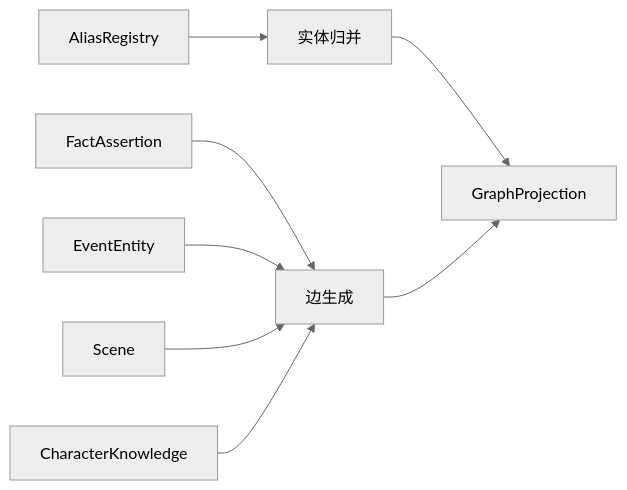
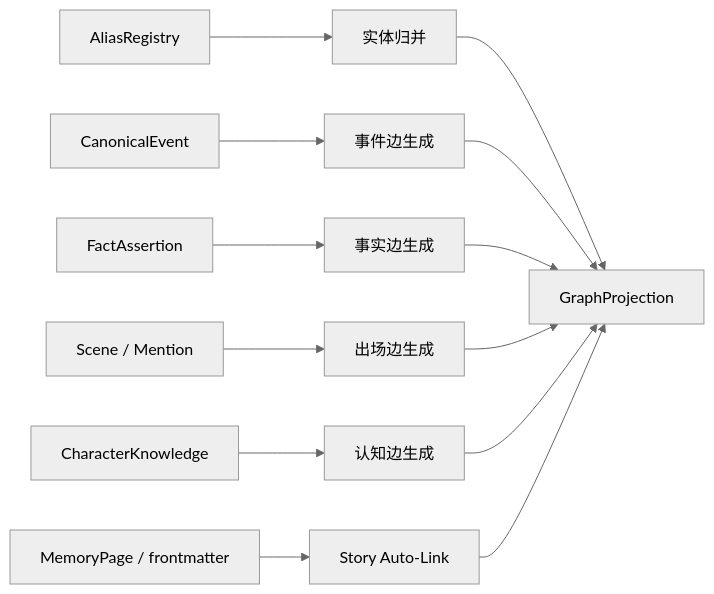
Before and after one commit to FrankQDWang/sextantlabs: the second of 4 diagrams in goals/08-graph-projection.md, drawn with Mermaid (neutral theme). The commit also changed other lines of this file and 16 other files, not shown here.

````diff
--- a/goals/08-graph-projection.md
+++ b/goals/08-graph-projection.md
@@ -58,10 +74,15 @@
 ```mermaid
 flowchart LR
     A[AliasRegistry] --> B[实体归并]
-    C[FactAssertion] --> D[边生成]
-    E[EventEntity] --> D
-    F[Scene] --> D
-    G[CharacterKnowledge] --> D
-    B --> H[GraphProjection]
-    D --> H
+    C[CanonicalEvent] --> D[事件边生成]
+    E[FactAssertion] --> F[事实边生成]
+    G[Scene / Mention] --> H[出场边生成]
+    I[CharacterKnowledge] --> J[认知边生成]
+    K[MemoryPage / frontmatter] --> L[Story Auto-Link]
+    B --> M[GraphProjection]
+    D --> M
+    F --> M
+    H --> M
+    J --> M
+    L --> M
 ```
````
